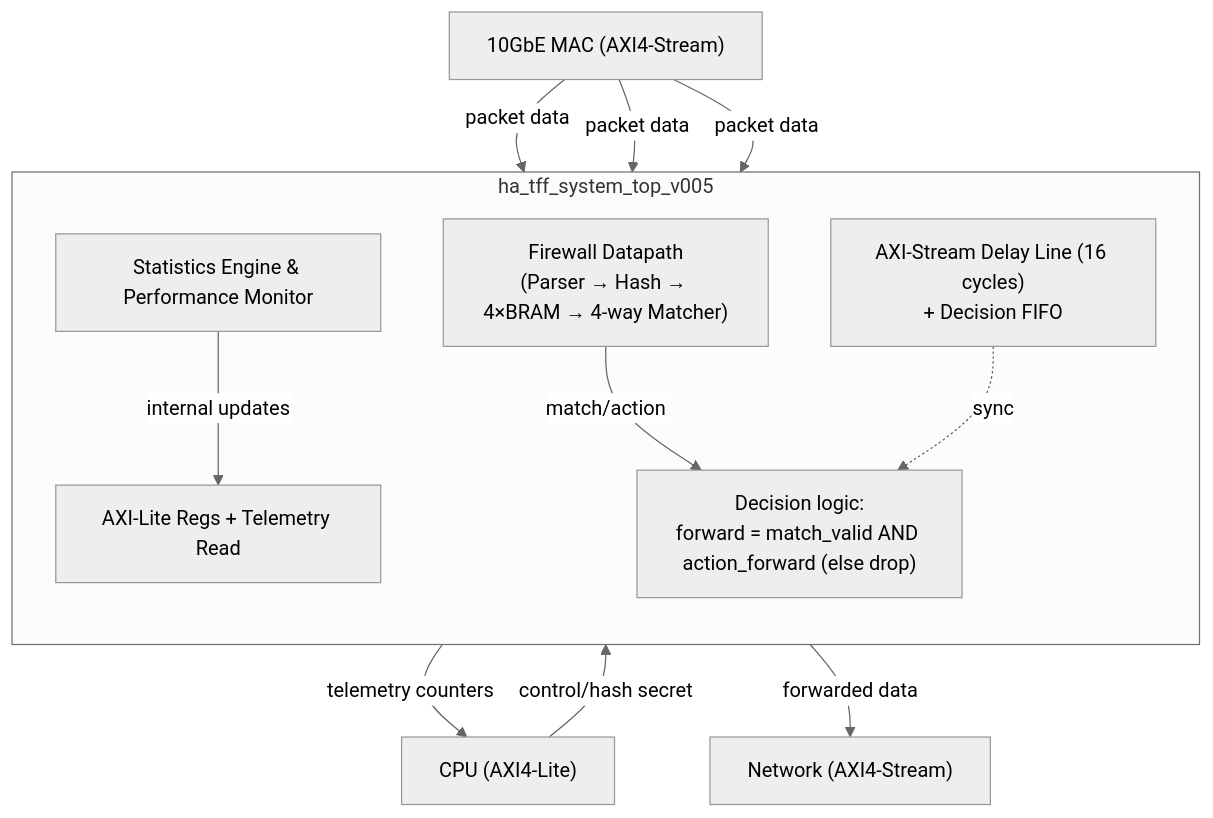
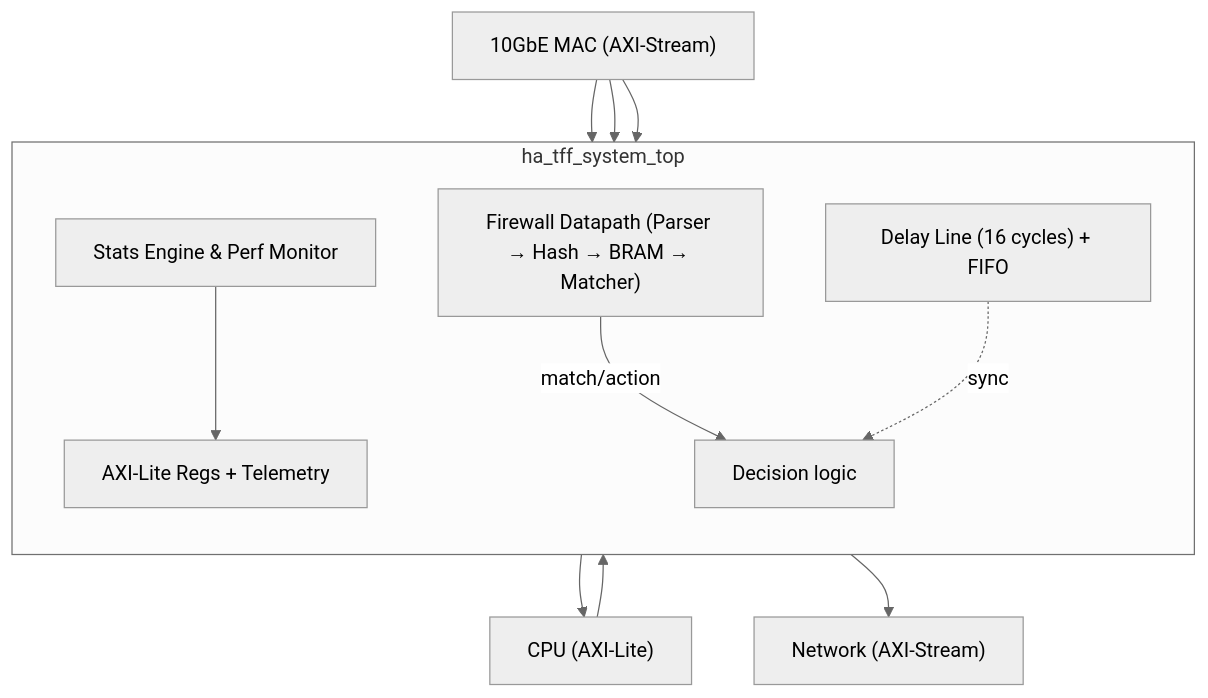
Before and after one commit to Ganeshkumara26/HA-TFF: the diagram in README.md, drawn with Mermaid (neutral theme). The commit also changed other lines of this file, not shown here.

````diff
--- a/README.md
+++ b/README.md
@@ -31,25 +19,25 @@
 ```mermaid
 flowchart TD
-    subgraph System["ha_tff_system_top_v005"]
+    subgraph System["ha_tff_system_top"]
         direction TB
         
-        Regs["AXI-Lite Regs + Telemetry Read"]
-        Datapath["Firewall Datapath<br/>(Parser → Hash → 4×BRAM → 4-way Matcher)"]
-        Decision["Decision logic:<br/>forward = match_valid AND action_forward (else drop)"]
-        Delay["AXI-Stream Delay Line (16 cycles)<br/>+ Decision FIFO"]
-        Stats["Statistics Engine & Performance Monitor"]
+        Regs["AXI-Lite Regs + Telemetry"]
+        Datapath["Firewall Datapath (Parser → Hash → BRAM → Matcher)"]
+        Decision["Decision logic"]
+        Delay["Delay Line (16 cycles) + FIFO"]
+        Stats["Stats Engine & Perf Monitor"]
         
         Datapath -->|match/action| Decision
         Delay -.->|sync| Decision
     end
 
-    CPU["CPU (AXI4-Lite)"] -->|control/hash secret| Regs
-    Regs -->|telemetry counters| CPU
+    CPU["CPU (AXI-Lite)"] --> Regs
+    Regs --> CPU
     
-    MAC["10GbE MAC (AXI4-Stream)"] -->|packet data| Datapath
-    MAC -->|packet data| Delay
-    MAC -->|packet data| Stats
+    MAC["10GbE MAC (AXI-Stream)"] --> Datapath
+    MAC --> Delay
+    MAC --> Stats
     
-    Decision -->|forwarded data| Network["Network (AXI4-Stream)"]
-    Stats -->|internal updates| Regs
+    Decision --> Network["Network (AXI-Stream)"]
+    Stats --> Regs
 ```
````
